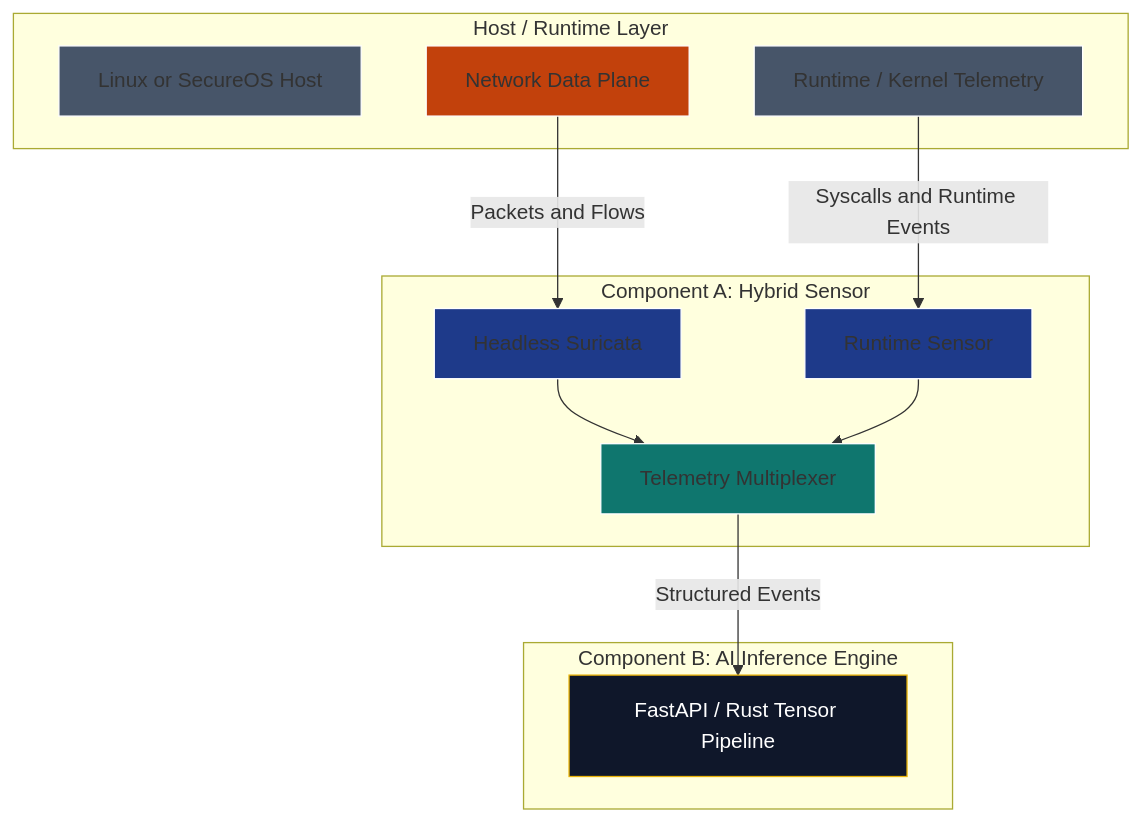
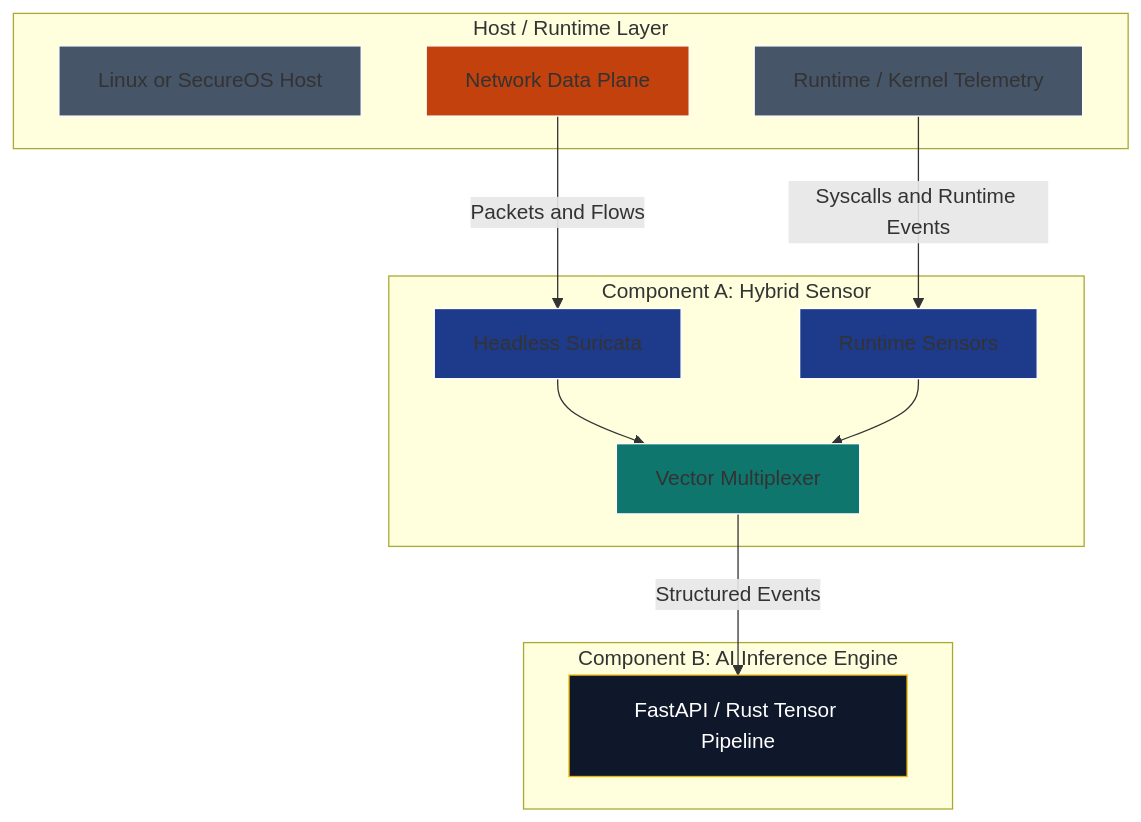
Before and after one commit to acald-creator/core-nexus: the diagram in docs/architecture/05-sensor-deep-dive.md, drawn with Mermaid. The commit also changed other lines of this file and 9 other files, not shown here.

First line of the commit message:
docs: align architecture with ADR 0011 compose-your-own SOC stack

````diff
--- a/docs/architecture/05-sensor-deep-dive.md
+++ b/docs/architecture/05-sensor-deep-dive.md
@@ -49,32 +50,32 @@
 ```mermaid
 graph TD
     subgraph "Host / Runtime Layer"
         A[Linux or SecureOS Host]
         B[Network Data Plane]
         C[Runtime / Kernel Telemetry]
     end
 
     subgraph "Component A: Hybrid Sensor"
         D[Headless Suricata]
-        E[Runtime Sensor]
-        F[Telemetry Multiplexer]
+        E[Runtime Sensors]
+        F[Vector Multiplexer]
     end
 
     subgraph "Component B: AI Inference Engine"
         G[FastAPI / Rust Tensor Pipeline]
     end
 
     B -->|Packets and Flows| D
     C -->|Syscalls and Runtime Events| E
     D --> F
     E --> F
     F -->|Structured Events| G
 
     style A fill:#475569,stroke:#fff
     style B fill:#c2410c,stroke:#fff
     style C fill:#475569,stroke:#fff
     style D fill:#1e3a8a,stroke:#fff
     style E fill:#1e3a8a,stroke:#fff
     style F fill:#0f766e,stroke:#fff
     style G fill:#0f172a,stroke:#eab308,color:#fff
 ```
````
